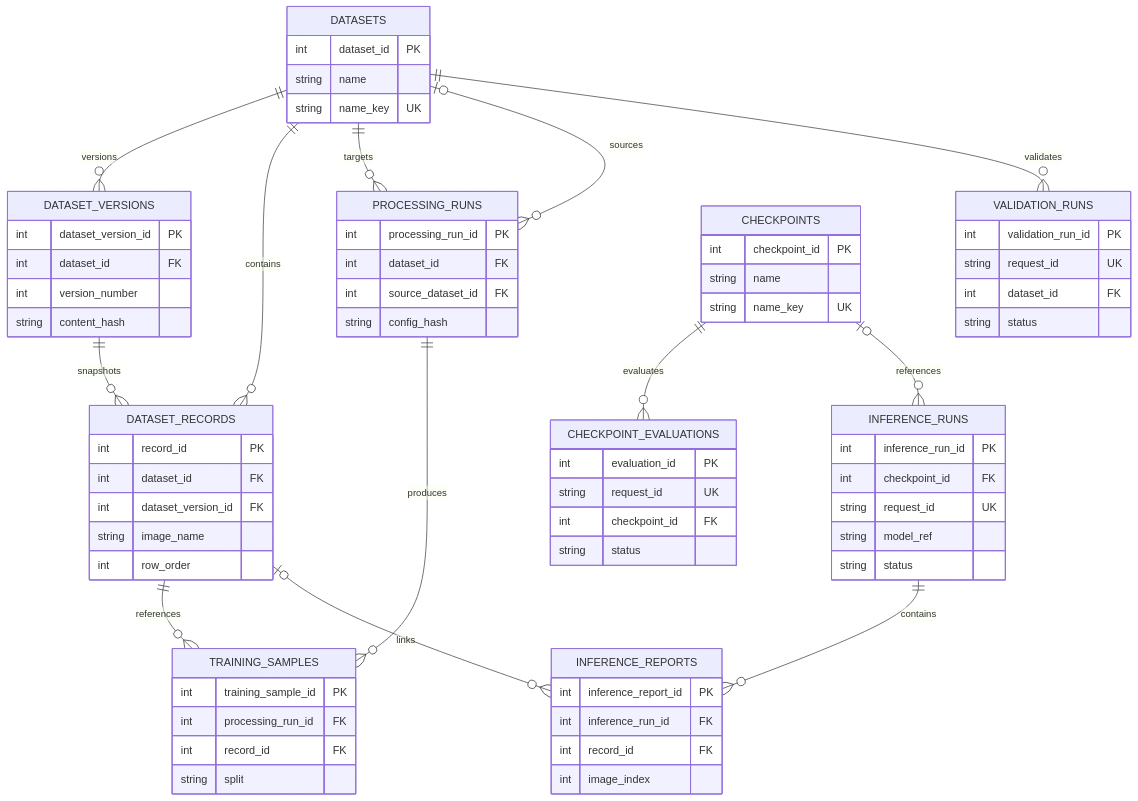
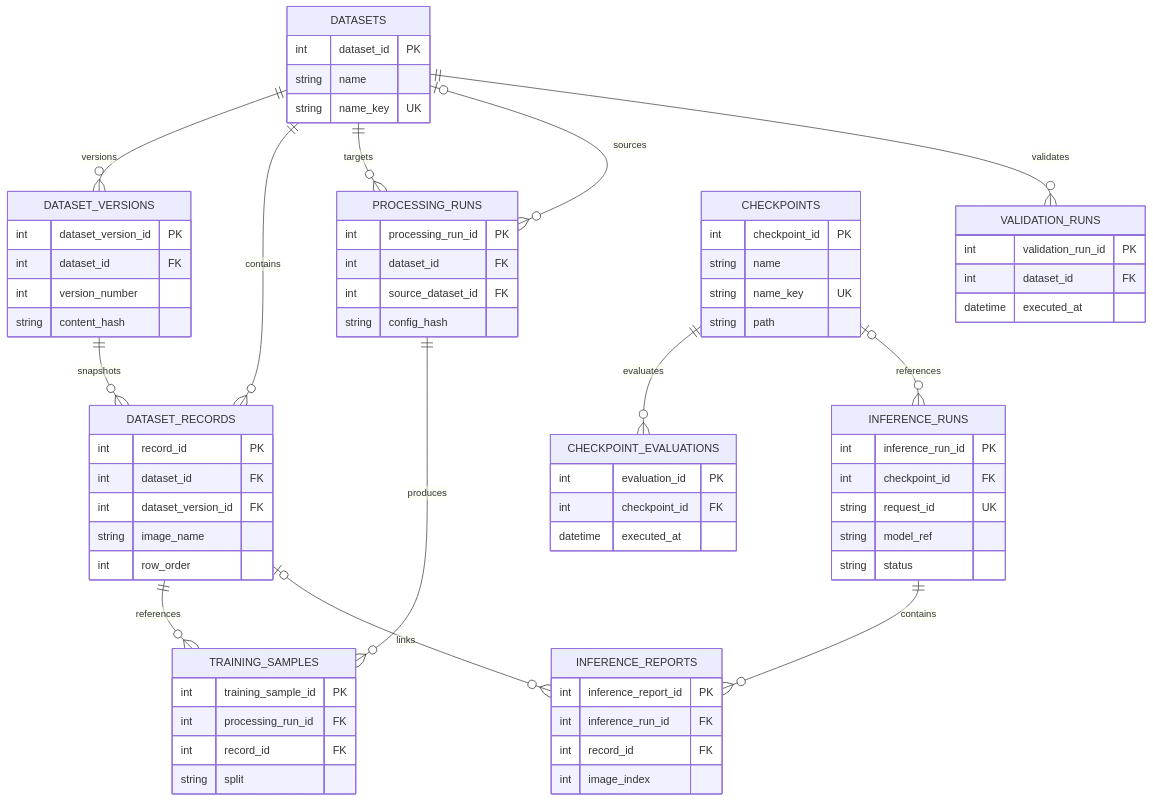
Before and after one commit to CTCycle/XREPORT-radiological-reports-generator: the diagram in assets/docs/architecture/persistence.md, drawn with Mermaid. The commit also changed other lines of this file and 11 other files, not shown here.

Commit message:
docs: align architecture with canonical ownership

````diff
--- a/assets/docs/architecture/persistence.md
+++ b/assets/docs/architecture/persistence.md
@@ -39,76 +53,75 @@
 ```mermaid
 erDiagram
     DATASETS {
         int dataset_id PK
         string name
         string name_key UK
     }
     DATASET_VERSIONS {
         int dataset_version_id PK
         int dataset_id FK
         int version_number
         string content_hash
     }
     DATASET_RECORDS {
         int record_id PK
         int dataset_id FK
         int dataset_version_id FK
         string image_name
         int row_order
     }
     PROCESSING_RUNS {
         int processing_run_id PK
         int dataset_id FK
         int source_dataset_id FK
         string config_hash
     }
     TRAINING_SAMPLES {
         int training_sample_id PK
         int processing_run_id FK
         int record_id FK
         string split
     }
     VALIDATION_RUNS {
         int validation_run_id PK
-        string request_id UK
         int dataset_id FK
-        string status
+        datetime executed_at
     }
     CHECKPOINTS {
         int checkpoint_id PK
         string name
         string name_key UK
+        string path
     }
     CHECKPOINT_EVALUATIONS {
         int evaluation_id PK
-        string request_id UK
         int checkpoint_id FK
-        string status
+        datetime executed_at
     }
     INFERENCE_RUNS {
         int inference_run_id PK
         int checkpoint_id FK
         string request_id UK
         string model_ref
         string status
     }
     INFERENCE_REPORTS {
         int inference_report_id PK
         int inference_run_id FK
         int record_id FK
         int image_index
     }
 
     DATASETS ||--o{ DATASET_VERSIONS : versions
     DATASETS ||--o{ DATASET_RECORDS : contains
     DATASET_VERSIONS ||--o{ DATASET_RECORDS : snapshots
     DATASETS ||--o{ PROCESSING_RUNS : targets
     DATASETS o|--o{ PROCESSING_RUNS : sources
     PROCESSING_RUNS ||--o{ TRAINING_SAMPLES : produces
     DATASET_RECORDS ||--o{ TRAINING_SAMPLES : references
     DATASETS ||--o{ VALIDATION_RUNS : validates
     CHECKPOINTS ||--o{ CHECKPOINT_EVALUATIONS : evaluates
     CHECKPOINTS o|--o{ INFERENCE_RUNS : references
     INFERENCE_RUNS ||--o{ INFERENCE_REPORTS : contains
     DATASET_RECORDS o|--o{ INFERENCE_REPORTS : links
 ```
````
